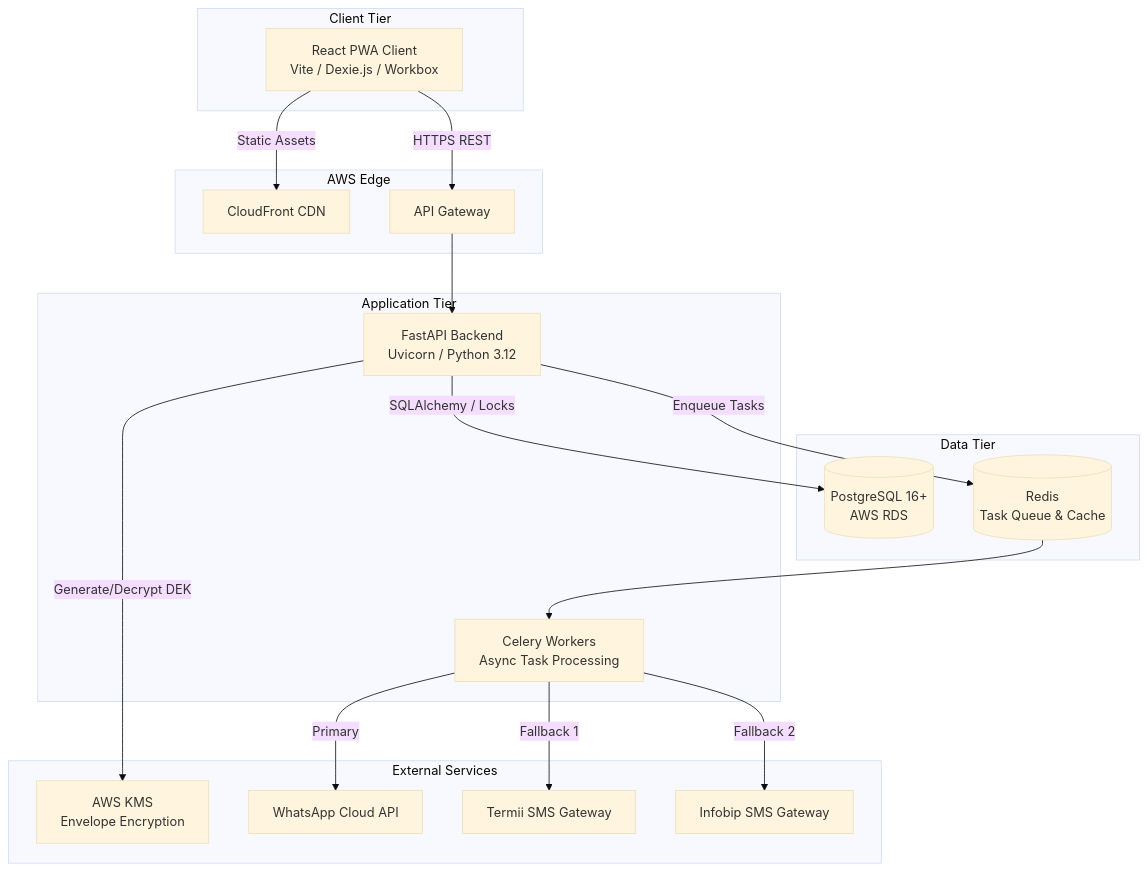
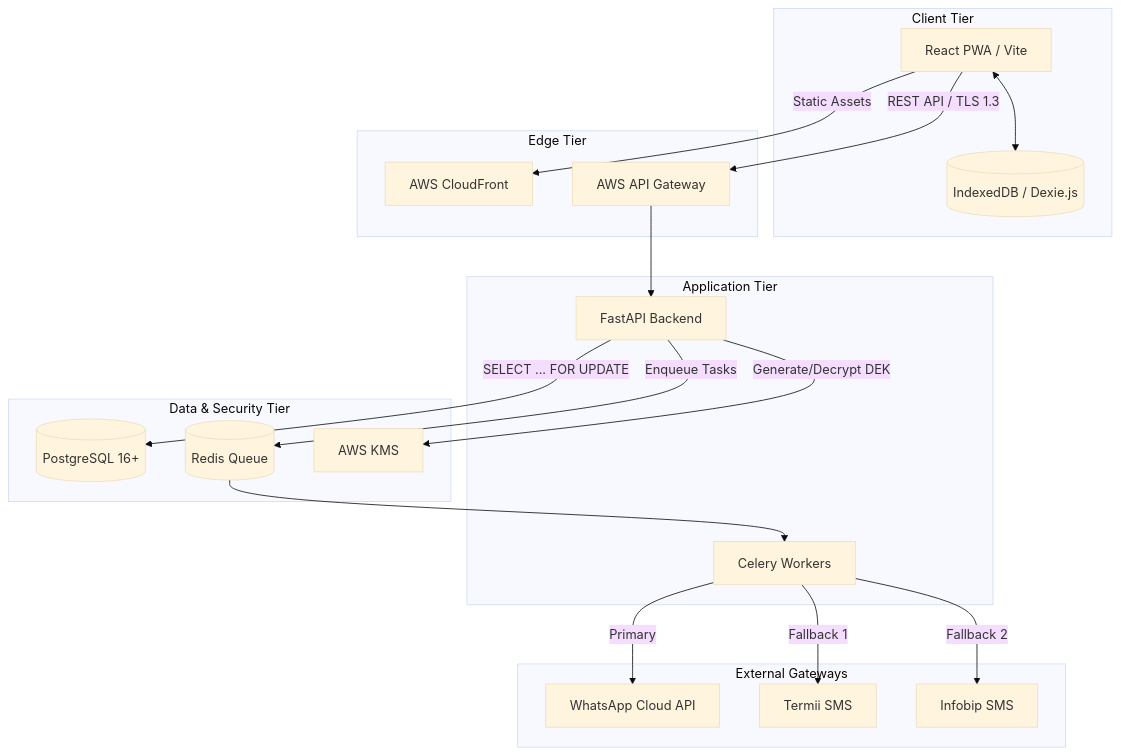
Before and after one commit to eecheonwu/cmp: the first of 2 diagrams in implementation-plan.md, drawn with Mermaid (base theme). The commit also changed other lines of this file and 16300 other files, not shown here.

````diff
--- a/implementation-plan.md
+++ b/implementation-plan.md
@@ -23,39 +24,43 @@
 ```mermaid
 graph TD
     subgraph Client Tier
-        PWA[React PWA Client<br/>Vite / Dexie.js / Workbox]
+        PWA[React PWA / Vite]
+        Cache[(IndexedDB / Dexie.js)]
+        PWA <--> Cache
     end
 
-    subgraph AWS Edge
-        CDN[CloudFront CDN]
-        APIGW[API Gateway]
+    subgraph Edge Tier
+        CDN[AWS CloudFront]
+        Gateway[AWS API Gateway]
     end
 
     subgraph Application Tier
-        FastAPI[FastAPI Backend<br/>Uvicorn / Python 3.12]
-        Celery[Celery Workers<br/>Async Task Processing]
+        FastAPI[FastAPI Backend]
+        Workers[Celery Workers]
     end
 
-    subgraph Data Tier
-        RDS[(PostgreSQL 16+<br/>AWS RDS)]
-        Redis[(Redis<br/>Task Queue & Cache)]
+    subgraph Data & Security Tier
+        DB[(PostgreSQL 16+)]
+        Redis[(Redis Queue)]
+        KMS[AWS KMS]
     end
 
-    subgraph External Services
-        KMS[AWS KMS<br/>Envelope Encryption]
+    subgraph External Gateways
         WA[WhatsApp Cloud API]
-        Termii[Termii SMS Gateway]
-        Infobip[Infobip SMS Gateway]
+        Termii[Termii SMS]
+        Infobip[Infobip SMS]
     end
 
     PWA -->|Static Assets| CDN
-    PWA -->|HTTPS REST| APIGW
-    APIGW --> FastAPI
-    FastAPI -->|SQLAlchemy / Locks| RDS
+    PWA -->|REST API / TLS 1.3| Gateway
+    Gateway --> FastAPI
+
+    FastAPI -->|SELECT ... FOR UPDATE| DB
     FastAPI -->|Generate/Decrypt DEK| KMS
     FastAPI -->|Enqueue Tasks| Redis
-    Redis --> Celery
-    Celery -->|Primary| WA
-    Celery -->|Fallback 1| Termii
-    Celery -->|Fallback 2| Infobip
+
+    Redis --> Workers
+    Workers -->|Primary| WA
+    Workers -->|Fallback 1| Termii
+    Workers -->|Fallback 2| Infobip
 ```
````
